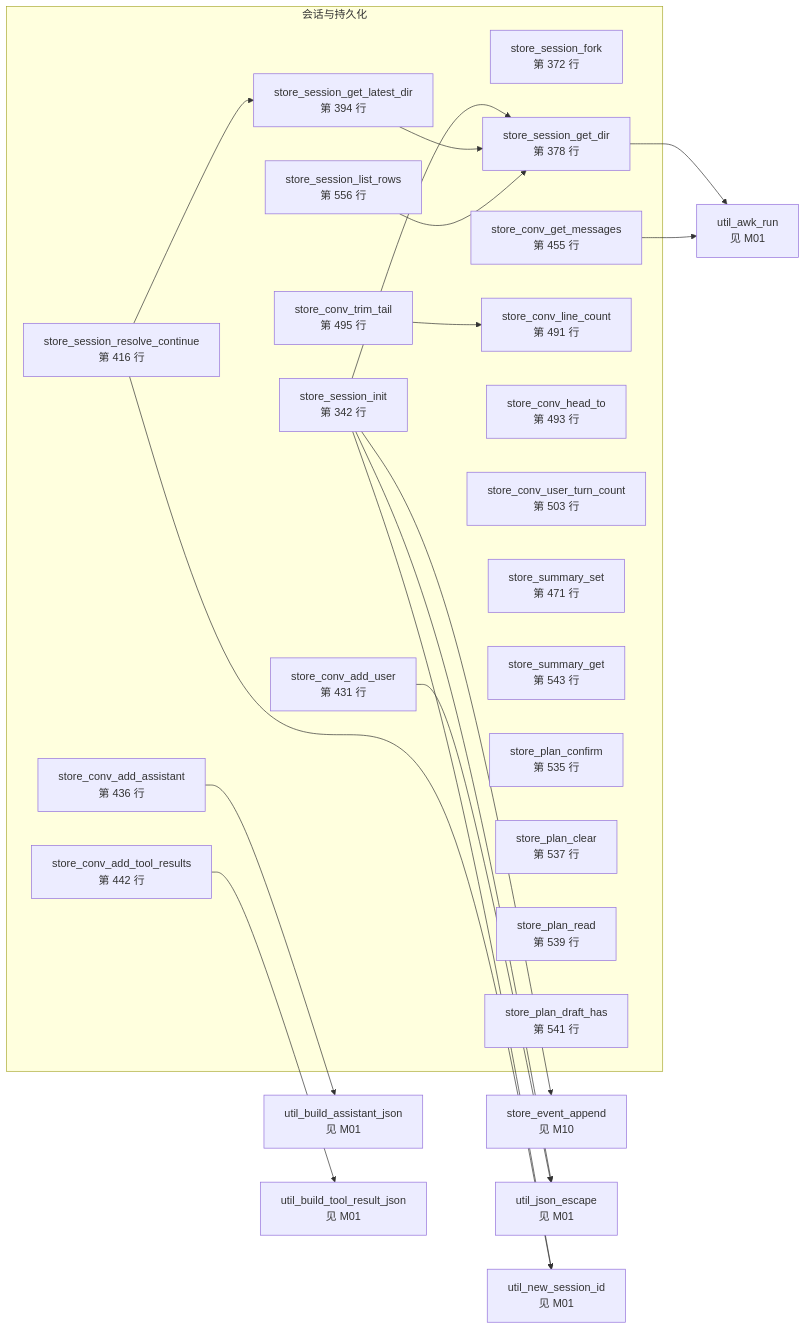
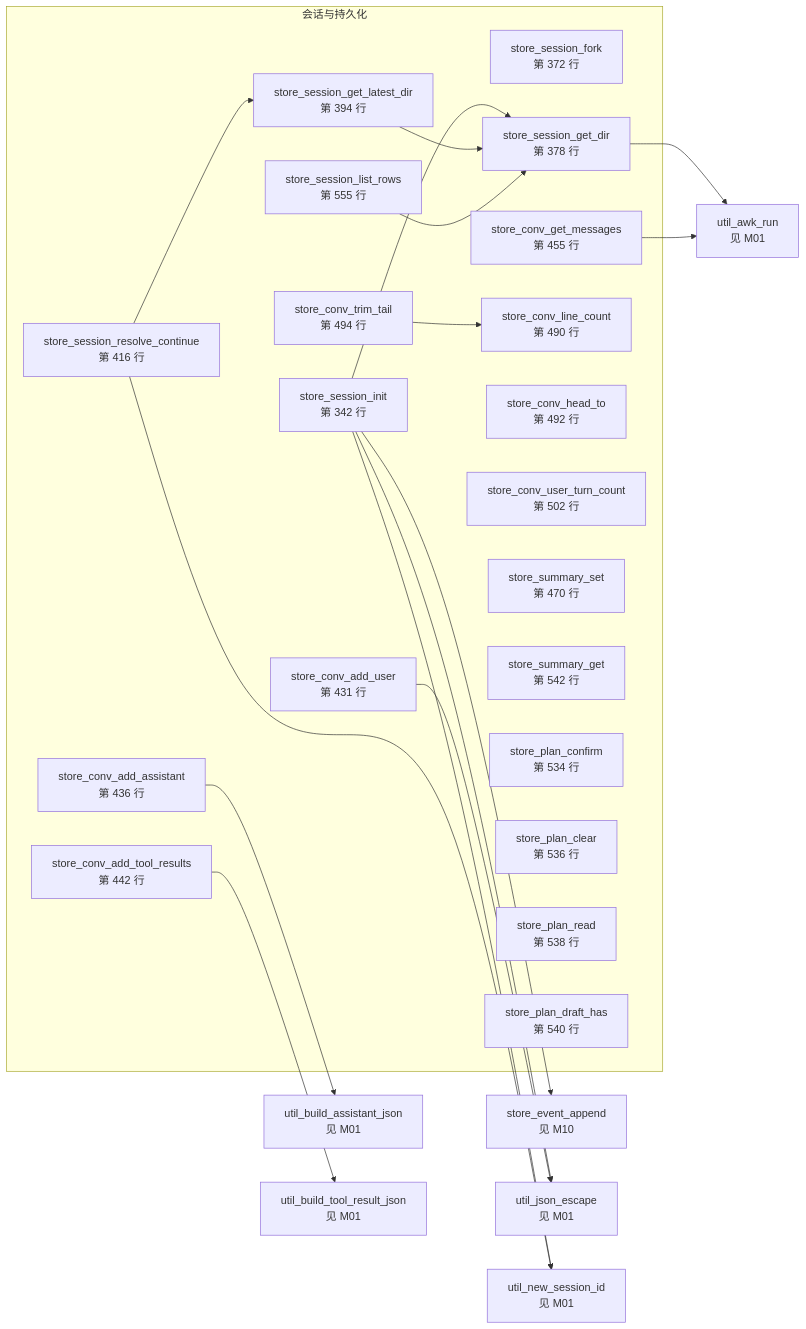
The fifth of 15 diagrams in docs/bash-data-flow.md (lloydzhou/bash-agent), drawn with Mermaid before and after one commit. The commit also changed other lines of this file and 1 other file, not shown here.

Commit message:
style: 移除 store_conv_get_messages 接口注释

````diff
--- a/docs/bash-data-flow.md
+++ b/docs/bash-data-flow.md
@@ -172,45 +172,45 @@
 ```mermaid
 flowchart LR
   subgraph mod_3["会话与持久化"]
     f_store_session_init["store_session_init<br/>第 342 行"]
     f_store_session_fork["store_session_fork<br/>第 372 行"]
     f_store_session_get_dir["store_session_get_dir<br/>第 378 行"]
     f_store_session_get_latest_dir["store_session_get_latest_dir<br/>第 394 行"]
     f_store_session_resolve_continue["store_session_resolve_continue<br/>第 416 行"]
     f_store_conv_add_user["store_conv_add_user<br/>第 431 行"]
     f_store_conv_add_assistant["store_conv_add_assistant<br/>第 436 行"]
     f_store_conv_add_tool_results["store_conv_add_tool_results<br/>第 442 行"]
     f_store_conv_get_messages["store_conv_get_messages<br/>第 455 行"]
-    f_store_conv_line_count["store_conv_line_count<br/>第 491 行"]
-    f_store_conv_head_to["store_conv_head_to<br/>第 493 行"]
-    f_store_conv_trim_tail["store_conv_trim_tail<br/>第 495 行"]
-    f_store_conv_user_turn_count["store_conv_user_turn_count<br/>第 503 行"]
-    f_store_summary_set["store_summary_set<br/>第 471 行"]
-    f_store_summary_get["store_summary_get<br/>第 543 行"]
-    f_store_plan_confirm["store_plan_confirm<br/>第 535 行"]
-    f_store_plan_clear["store_plan_clear<br/>第 537 行"]
-    f_store_plan_read["store_plan_read<br/>第 539 行"]
-    f_store_plan_draft_has["store_plan_draft_has<br/>第 541 行"]
-    f_store_session_list_rows["store_session_list_rows<br/>第 556 行"]
+    f_store_conv_line_count["store_conv_line_count<br/>第 490 行"]
+    f_store_conv_head_to["store_conv_head_to<br/>第 492 行"]
+    f_store_conv_trim_tail["store_conv_trim_tail<br/>第 494 行"]
+    f_store_conv_user_turn_count["store_conv_user_turn_count<br/>第 502 行"]
+    f_store_summary_set["store_summary_set<br/>第 470 行"]
+    f_store_summary_get["store_summary_get<br/>第 542 行"]
+    f_store_plan_confirm["store_plan_confirm<br/>第 534 行"]
+    f_store_plan_clear["store_plan_clear<br/>第 536 行"]
+    f_store_plan_read["store_plan_read<br/>第 538 行"]
+    f_store_plan_draft_has["store_plan_draft_has<br/>第 540 行"]
+    f_store_session_list_rows["store_session_list_rows<br/>第 555 行"]
   end
   f_store_event_append["store_event_append<br/>见 M10"]
   f_util_awk_run["util_awk_run<br/>见 M01"]
   f_util_build_assistant_json["util_build_assistant_json<br/>见 M01"]
   f_util_build_tool_result_json["util_build_tool_result_json<br/>见 M01"]
   f_util_json_escape["util_json_escape<br/>见 M01"]
   f_util_new_session_id["util_new_session_id<br/>见 M01"]
   f_store_session_init --> f_util_new_session_id
   f_store_session_init --> f_store_session_get_dir
   f_store_session_init --> f_store_event_append
   f_store_session_init --> f_util_json_escape
   f_store_session_get_dir --> f_util_awk_run
   f_store_session_get_latest_dir --> f_store_session_get_dir
   f_store_session_resolve_continue --> f_store_session_get_latest_dir
   f_store_session_resolve_continue --> f_util_new_session_id
   f_store_session_list_rows --> f_store_session_get_dir
   f_store_conv_add_user --> f_util_json_escape
   f_store_conv_add_assistant --> f_util_build_assistant_json
   f_store_conv_add_tool_results --> f_util_build_tool_result_json
   f_store_conv_get_messages --> f_util_awk_run
   f_store_conv_trim_tail --> f_store_conv_line_count
 ```
````
